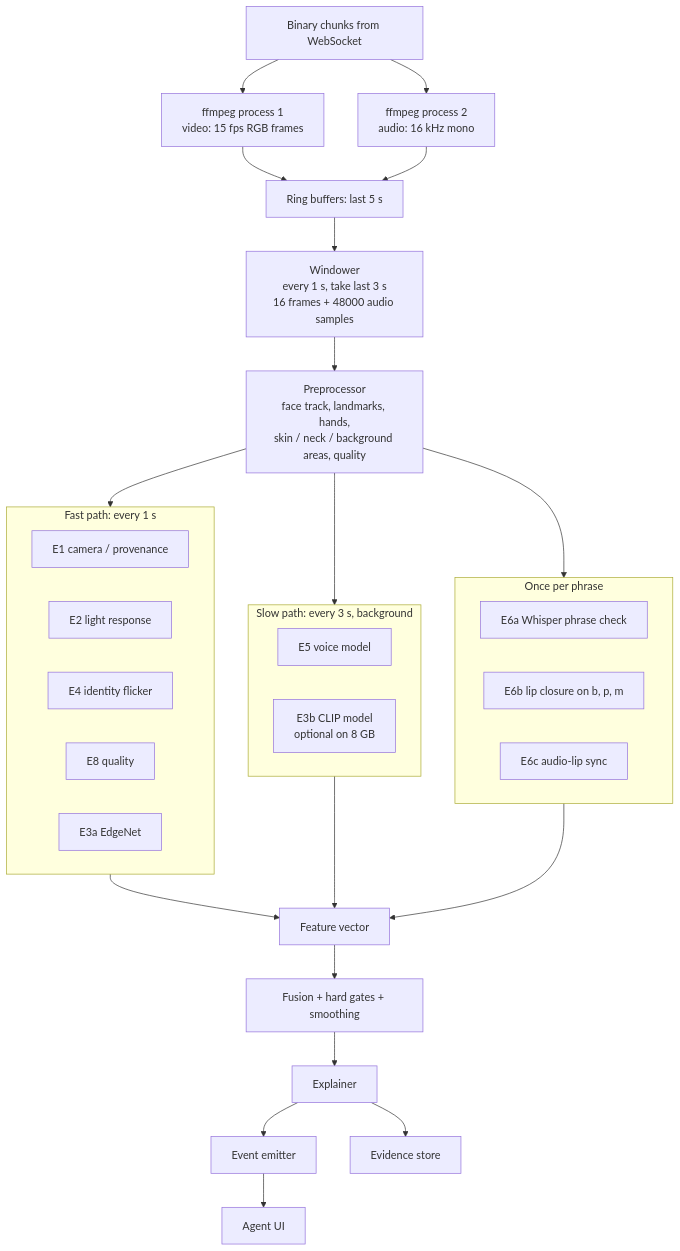
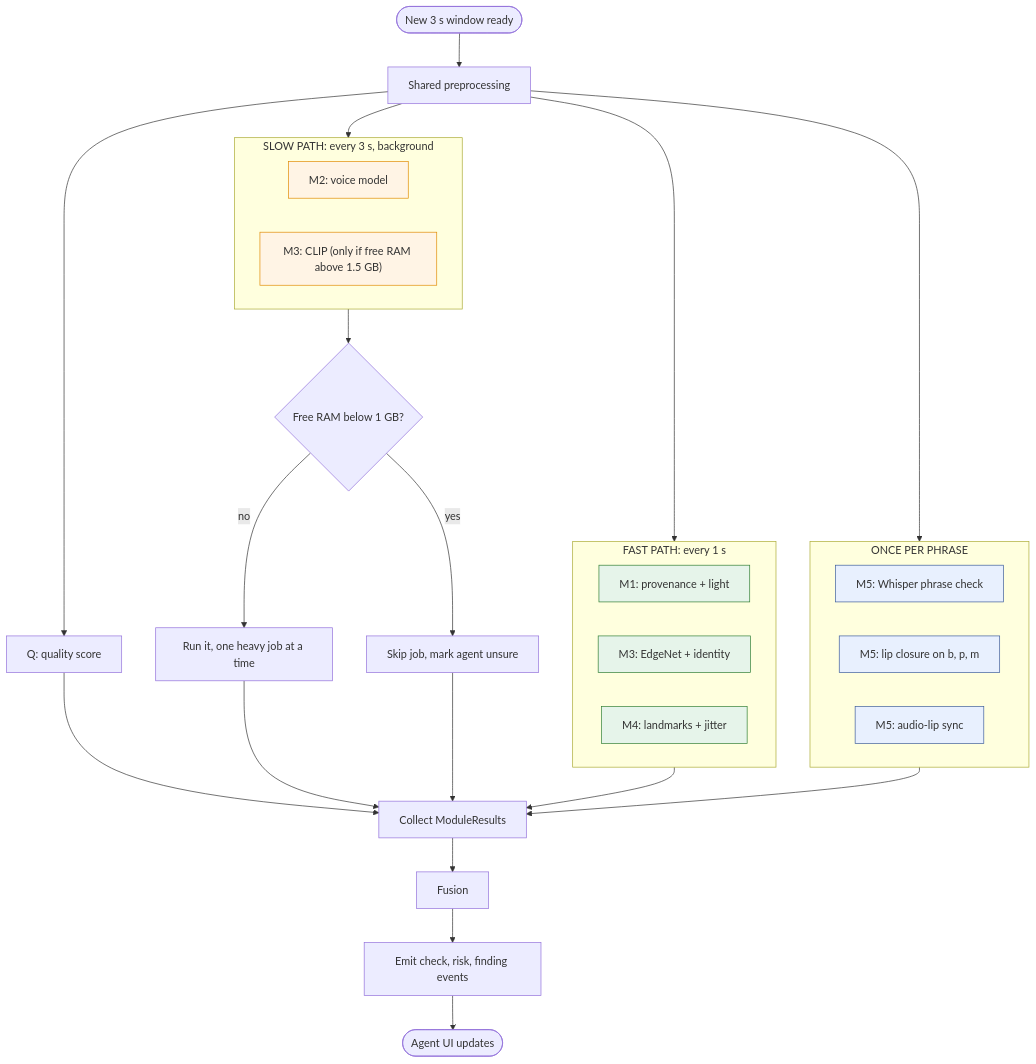
The fourth of 14 diagrams in README.md (siddhikahanumante05-cloud/trustlens), drawn with Mermaid before and after one commit. The commit also changed other lines of this file, not shown here.

````diff
--- a/README.md
+++ b/README.md
@@ -223,40 +250,49 @@
 ```mermaid
 flowchart TB
-  IN["Binary chunks from WebSocket"] --> DEC1["ffmpeg process 1<br/>video: 15 fps RGB frames"]
-  IN --> DEC2["ffmpeg process 2<br/>audio: 16 kHz mono"]
-  DEC1 --> RB["Ring buffers: last 5 s"]
-  DEC2 --> RB
-  RB --> WIN["Windower<br/>every 1 s, take last 3 s<br/>16 frames + 48000 audio samples"]
-  WIN --> PRE["Preprocessor<br/>face track, landmarks, hands,<br/>skin / neck / background areas, quality"]
+  START(["New 3 s window ready"]) --> PRE["Shared preprocessing"]
+  PRE --> Q["Q: quality score"]
 
   PRE --> FAST
-  subgraph FAST["Fast path: every 1 s"]
-    E1["E1 camera / provenance"]
-    E2["E2 light response"]
-    E4["E4 identity flicker"]
-    E8["E8 quality"]
-    E3A["E3a EdgeNet"]
+  subgraph FAST["FAST PATH: every 1 s"]
+    direction LR
+    F1["M1: provenance + light"]
+    F2["M3: EdgeNet + identity"]
+    F3["M4: landmarks + jitter"]
   end
 
   PRE --> SLOW
-  subgraph SLOW["Slow path: every 3 s, background"]
-    E5["E5 voice model"]
-    E3B["E3b CLIP model<br/>optional on 8 GB"]
+  subgraph SLOW["SLOW PATH: every 3 s, background"]
+    direction LR
+    S1["M2: voice model"]
+    S2["M3: CLIP (only if free RAM above 1.5 GB)"]
   end
 
   PRE --> ONCE
-  subgraph ONCE["Once per phrase"]
-    E6A["E6a Whisper phrase check"]
-    E6B["E6b lip closure on b, p, m"]
-    E6C["E6c audio-lip sync"]
+  subgraph ONCE["ONCE PER PHRASE"]
+    direction LR
+    P1["M5: Whisper phrase check"]
+    P2["M5: lip closure on b, p, m"]
+    P3["M5: audio-lip sync"]
   end
 
-  FAST --> FV["Feature vector"]
-  SLOW --> FV
-  ONCE --> FV
-  FV --> FUS["Fusion + hard gates + smoothing"]
-  FUS --> EXP["Explainer"]
-  EXP --> EMIT["Event emitter"]
-  EMIT --> UI["Agent UI"]
-  EXP --> STO["Evidence store"]
+  RAM{"Free RAM below 1 GB?"}
+  SLOW --> RAM
+  RAM -->|"yes"| SKIP["Skip job, mark agent unsure"]
+  RAM -->|"no"| RUN["Run it, one heavy job at a time"]
+
+  Q --> COLLECT
+  FAST --> COLLECT
+  RUN --> COLLECT
+  SKIP --> COLLECT
+  ONCE --> COLLECT
+  COLLECT["Collect ModuleResults"] --> FUSION["Fusion"]
+  FUSION --> EMIT["Emit check, risk, finding events"]
+  EMIT --> END(["Agent UI updates"])
+
+  classDef fast fill:#e6f4ea,stroke:#2e7d32;
+  classDef slow fill:#fff4e5,stroke:#e08a00;
+  classDef once fill:#e8f0fe,stroke:#3b5b9a;
+  class F1,F2,F3 fast;
+  class S1,S2 slow;
+  class P1,P2,P3 once;
 ```
````
